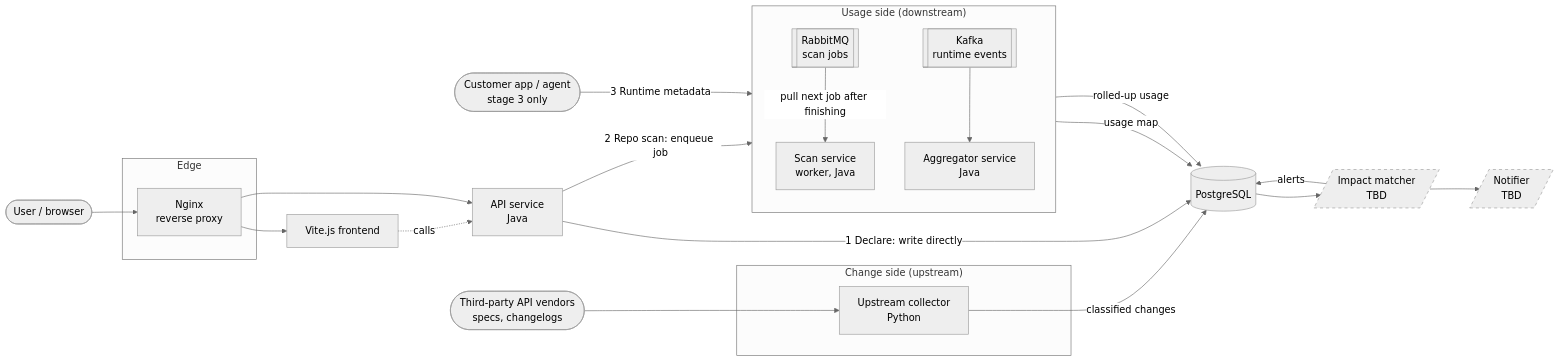
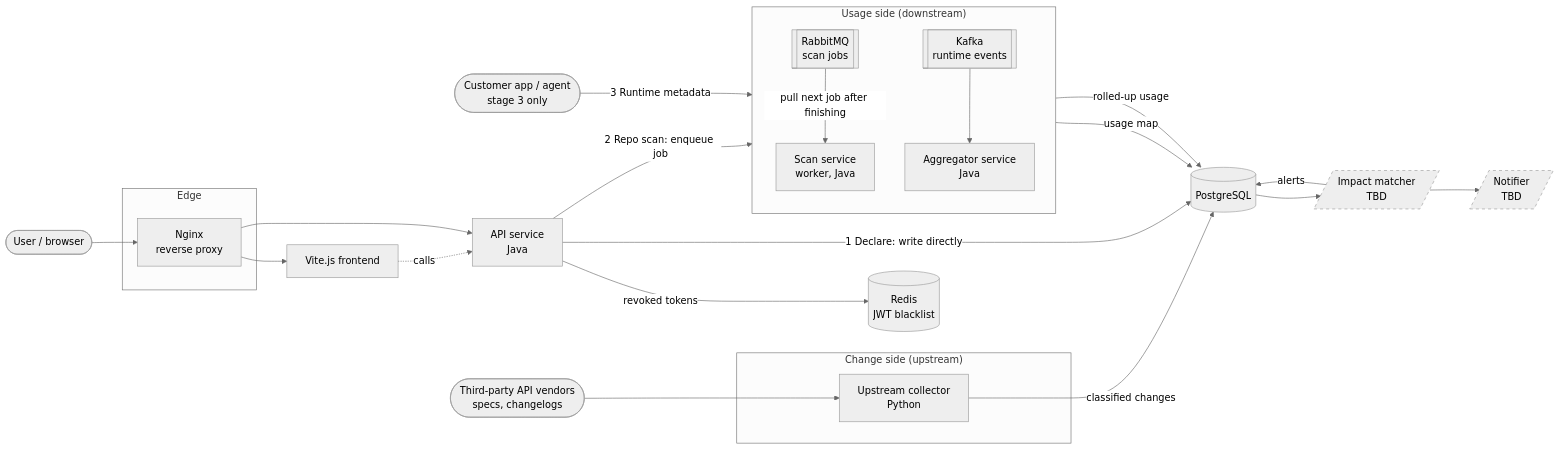
The diagram in docs/architecture.md (mukundangopalachary/driftline), drawn with Mermaid (neutral theme) before and after one commit. The commit also changed other lines of this file and 6 other files, not shown here.

Commit message:
docs: record Redis blacklist, schema conventions, frontend stack decisions

````diff
--- a/docs/architecture.md
+++ b/docs/architecture.md
@@ -11,55 +11,57 @@
 ```mermaid
 flowchart LR
     User([User / browser])
     CLIENT([Customer app / agent<br/>stage 3 only])
 
     subgraph Edge
         NGINX[Nginx<br/>reverse proxy]
     end
 
     UI[Vite.js frontend]
     API[API service<br/>Java]
 
     subgraph Usage["Usage side (downstream)"]
         direction TB
         RMQ[[RabbitMQ<br/>scan jobs]]
         SCAN[Scan service<br/>worker, Java]
         KAFKA[[Kafka<br/>runtime events]]
         AGG[Aggregator service<br/>Java]
     end
 
     subgraph Change["Change side (upstream)"]
         COLLECT[Upstream collector<br/>Python]
     end
 
     MATCH[/Impact matcher<br/>TBD/]
     NOTIFY[/Notifier<br/>TBD/]
     PG[(PostgreSQL)]
+    REDIS[(Redis<br/>JWT blacklist)]
     VENDOR([Third-party API vendors<br/>specs, changelogs])
 
     User --> NGINX --> UI
     NGINX --> API
     UI -. calls .-> API
+    API -- "revoked tokens" --> REDIS
 
     %% Input paths (hybrid)
     API -- "1 Declare: write directly" --> PG
     API -- "2 Repo scan: enqueue job" --> RMQ
     RMQ -- "pull next job after finishing" --> SCAN
     SCAN -- "usage map" --> PG
 
     CLIENT -- "3 Runtime metadata" --> KAFKA
     KAFKA --> AGG
     AGG -- "rolled-up usage" --> PG
 
     %% Upstream side
     VENDOR --> COLLECT
     COLLECT -- "classified changes" --> PG
 
     %% Join
     PG --> MATCH
     MATCH -- "alerts" --> PG
     MATCH --> NOTIFY
 
     classDef tbd stroke-dasharray: 5 5;
     class MATCH,NOTIFY tbd;
 ```
````
